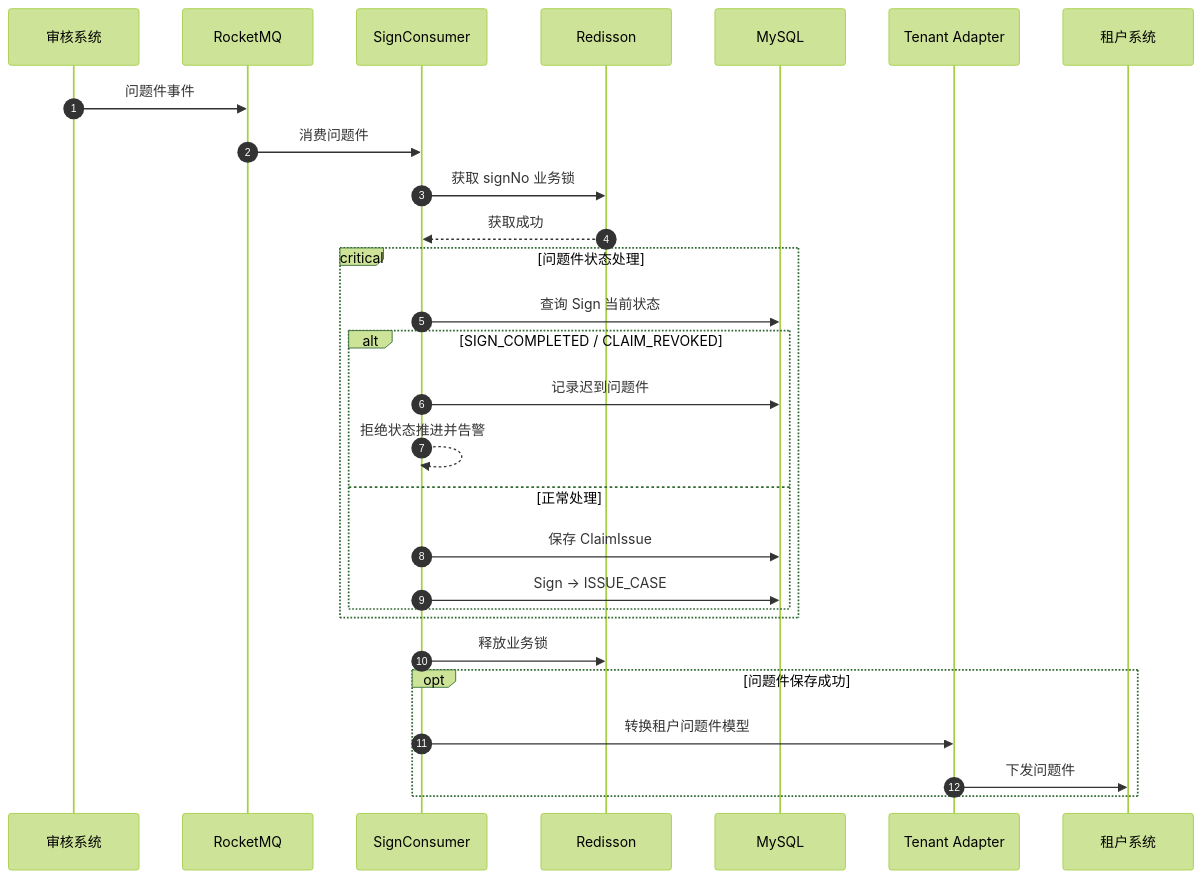
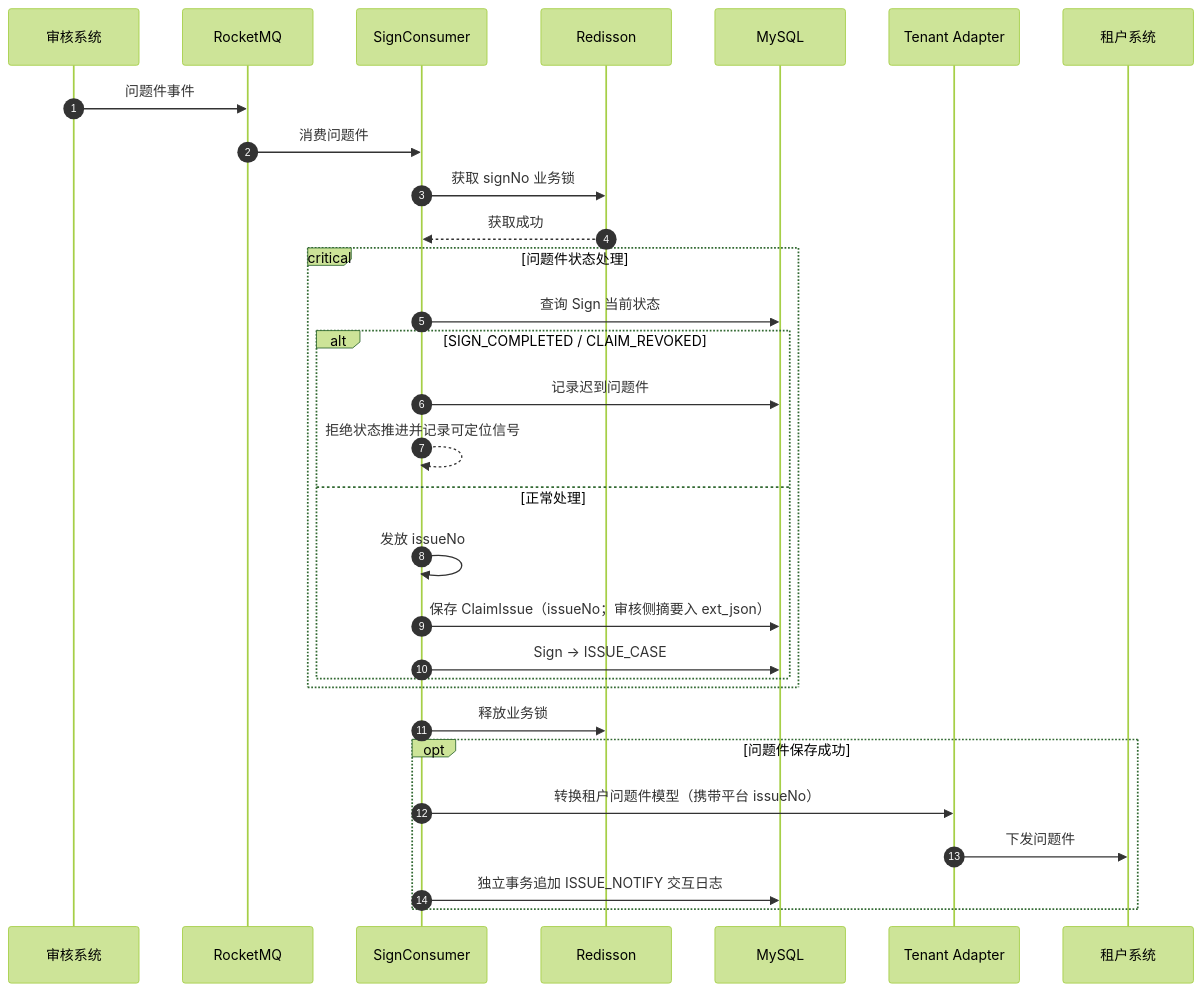
One commit to wangguangwu/claim-platform changed the eighth of 10 diagrams in docs/architecture/claim-sign-service.md. Above: the diagram before and after it, drawn with Mermaid (forest theme). The commit also changed other lines of this file and 21 other files, not shown here.

````diff
--- a/docs/architecture/claim-sign-service.md
+++ b/docs/architecture/claim-sign-service.md
@@ -549,38 +565,40 @@
 ```mermaid
 sequenceDiagram
     autonumber
 
     participant A as 审核系统
     participant MQ as RocketMQ
     participant C as SignConsumer
     participant L as Redisson
     participant DB as MySQL
     participant AD as Tenant Adapter
     participant T as 租户系统
 
     A->>MQ: 问题件事件
     MQ->>C: 消费问题件
 
     C->>L: 获取 signNo 业务锁
     L-->>C: 获取成功
 
     critical 问题件状态处理
         C->>DB: 查询 Sign 当前状态
 
         alt SIGN_COMPLETED / CLAIM_REVOKED
             C->>DB: 记录迟到问题件
-            C-->>C: 拒绝状态推进并告警
+            C-->>C: 拒绝状态推进并记录可定位信号
 
         else 正常处理
-            C->>DB: 保存 ClaimIssue
+            C->>C: 发放 issueNo
+            C->>DB: 保存 ClaimIssue（issueNo；审核侧摘要入 ext_json）
             C->>DB: Sign -> ISSUE_CASE
         end
     end
 
     C->>L: 释放业务锁
 
     opt 问题件保存成功
-        C->>AD: 转换租户问题件模型
+        C->>AD: 转换租户问题件模型（携带平台 issueNo）
         AD->>T: 下发问题件
+        C->>DB: 独立事务追加 ISSUE_NOTIFY 交互日志
     end
 ```
````
